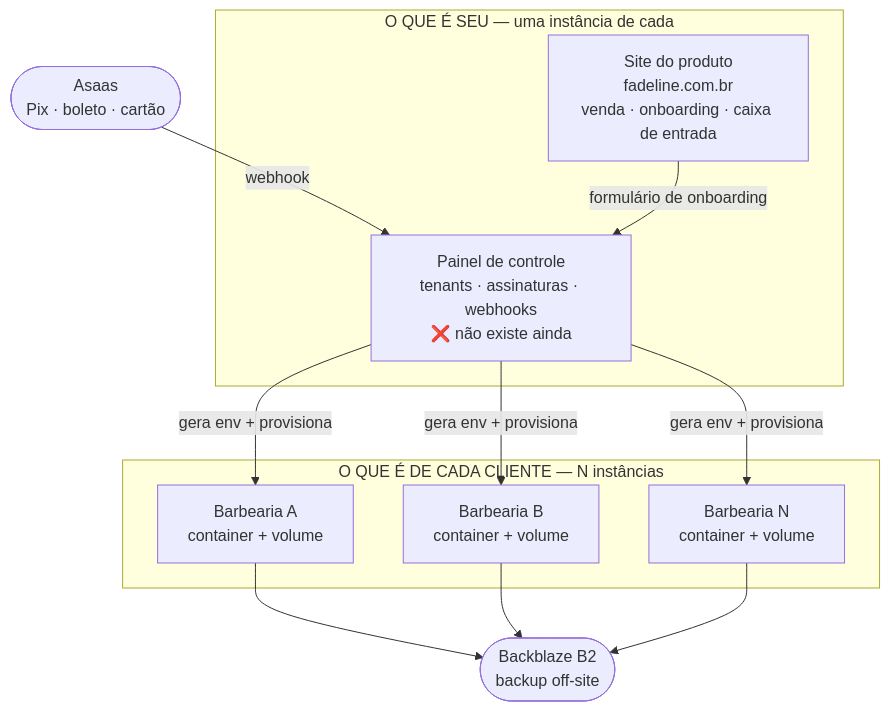
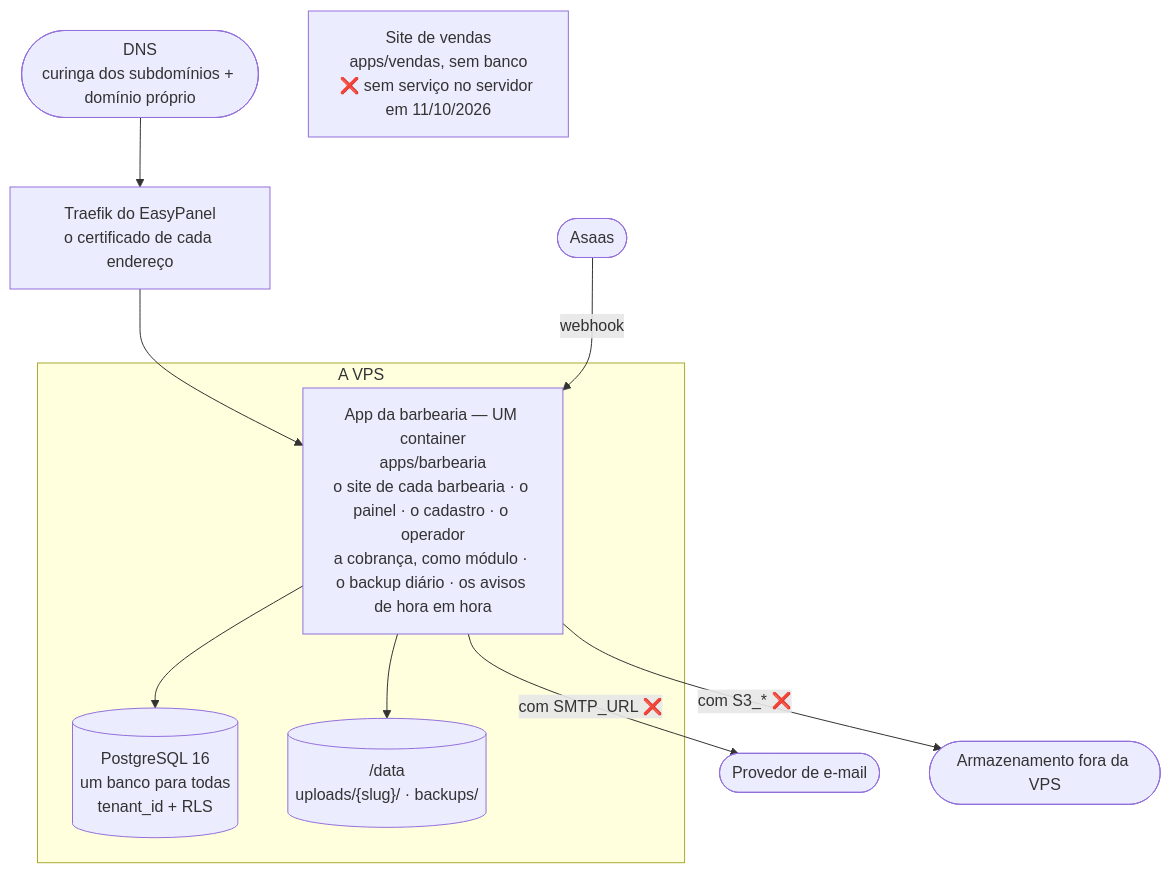
Before and after one commit to Alexandfdes/Barbearia: the first of 2 diagrams in docs/ARQUITETURA-PRODUCAO.md, drawn with Mermaid. The commit also changed other lines of this file and 9 other files, not shown here.

````diff
--- a/docs/ARQUITETURA-PRODUCAO.md
+++ b/docs/ARQUITETURA-PRODUCAO.md
@@ -30,22 +28,18 @@
 ```mermaid
 flowchart TD
-    subgraph seu["O QUE É SEU — uma instância de cada"]
-        P["Site do produto<br/>fadeline.com.br<br/>venda · onboarding · caixa de entrada"]
-        C["Painel de controle<br/>tenants · assinaturas · webhooks<br/>❌ não existe ainda"]
+    D(["DNS<br/>curinga dos subdomínios + domínio próprio"]) --> T["Traefik do EasyPanel<br/>o certificado de cada endereço"]
+    T --> APP
+
+    subgraph vps["A VPS"]
+        APP["App da barbearia — UM container<br/>apps/barbearia<br/>o site de cada barbearia · o painel · o cadastro · o operador<br/>a cobrança, como módulo · o backup diário · os avisos de hora em hora"]
+        PG[("PostgreSQL 16<br/>um banco para todas<br/>tenant_id + RLS")]
+        VOL[("/data<br/>uploads/{slug}/ · backups/")]
+        APP --> PG
+        APP --> VOL
     end
 
-    subgraph deles["O QUE É DE CADA CLIENTE — N instâncias"]
-        B1["Barbearia A<br/>container + volume"]
-        B2["Barbearia B<br/>container + volume"]
-        B3["Barbearia N<br/>container + volume"]
-    end
-
-    A(["Asaas<br/>Pix · boleto · cartão"]) -->|webhook| C
-    C -->|gera env + provisiona| B1
-    C -->|gera env + provisiona| B2
-    C -->|gera env + provisiona| B3
-    P -->|formulário de onboarding| C
-    B1 --> S(["Backblaze B2<br/>backup off-site"])
-    B2 --> S
-    B3 --> S
+    V["Site de vendas<br/>apps/vendas, sem banco<br/>❌ sem serviço no servidor em 11/10/2026"]
+    A(["Asaas"]) -->|webhook| APP
+    APP -->|"com SMTP_URL ❌"| E(["Provedor de e-mail"])
+    APP -->|"com S3_* ❌"| S(["Armazenamento fora da VPS"])
 ```
````
